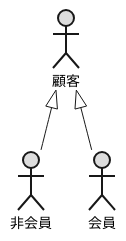
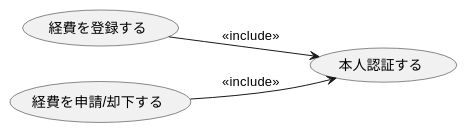
The diagram in test.pu (hosokawa3217/uml-exercises), drawn with PlantUML before and after one commit. The commit also changed 47 other files, not shown here.

```diff
--- a/test.pu
+++ b/test.pu
@@ -1,7 +1,15 @@
 @startuml ユースケース図
-actor 顧客  #DDDDDD;line.bold;
-actor 非会員 #DDDDDD;line.bold;
-actor 会員  #DDDDDD;line.bold;
-顧客 <|-- 非会員
-顧客 <|-- 会員
+' actor 顧客  #DDDDDD;line.bold;
+' actor 非会員 #DDDDDD;line.bold;
+' actor 会員  #DDDDDD;line.bold;
+' 顧客 <|-- 非会員
+' 顧客 <|-- 会員
+
+left to right direction
+usecase 経費を登録する as t
+usecase "経費を申請/却下する" as s
+usecase 本人認証する
+s --> 本人認証する :<<include>>
+t --> 本人認証する :<<include>>
+
 @enduml
```
